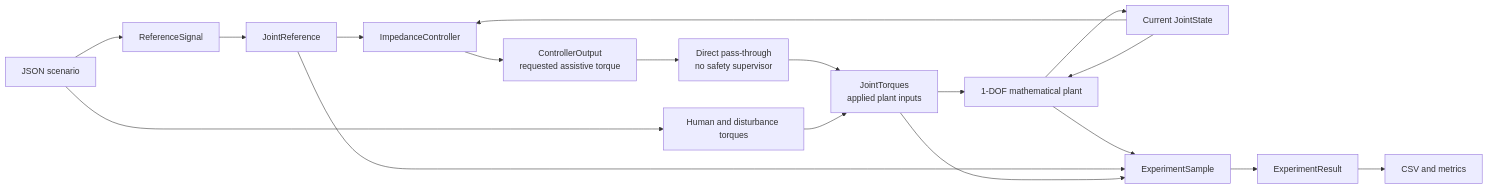
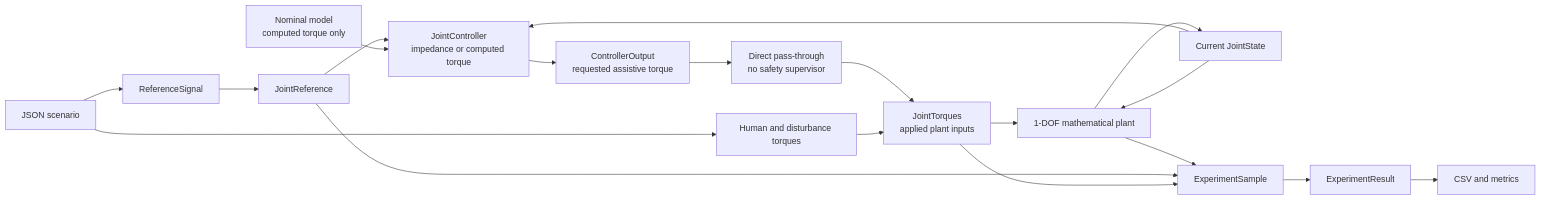
One commit to LeMonsieurPompidou/adaptive-assist changed the second of 3 diagrams in docs/architecture.md. Above: the diagram before and after it, drawn with Mermaid. The commit also changed other lines of this file and 23 other files, not shown here.

Commit message:
feat: add computed torque control baseline

````diff
--- a/docs/architecture.md
+++ b/docs/architecture.md
@@ -31,20 +31,21 @@
 ```mermaid
 flowchart LR
     A[JSON scenario] --> B[ReferenceSignal]
     B --> C[JointReference]
-    D[Current JointState] --> E[ImpedanceController]
+    D[Current JointState] --> E[JointController<br/>impedance or computed torque]
     C --> E
+    N[Nominal model<br/>computed torque only] --> E
     E --> F[ControllerOutput<br/>requested assistive torque]
     F --> G[Direct pass-through<br/>no safety supervisor]
     A --> H[Human and disturbance torques]
     G --> I[JointTorques<br/>applied plant inputs]
     H --> I
     I --> J[1-DOF mathematical plant]
     D --> J
     J --> K[ExperimentSample]
     C --> K
     I --> K
     J --> D
     K --> L[ExperimentResult]
     L --> M[CSV and metrics]
 ```
````
